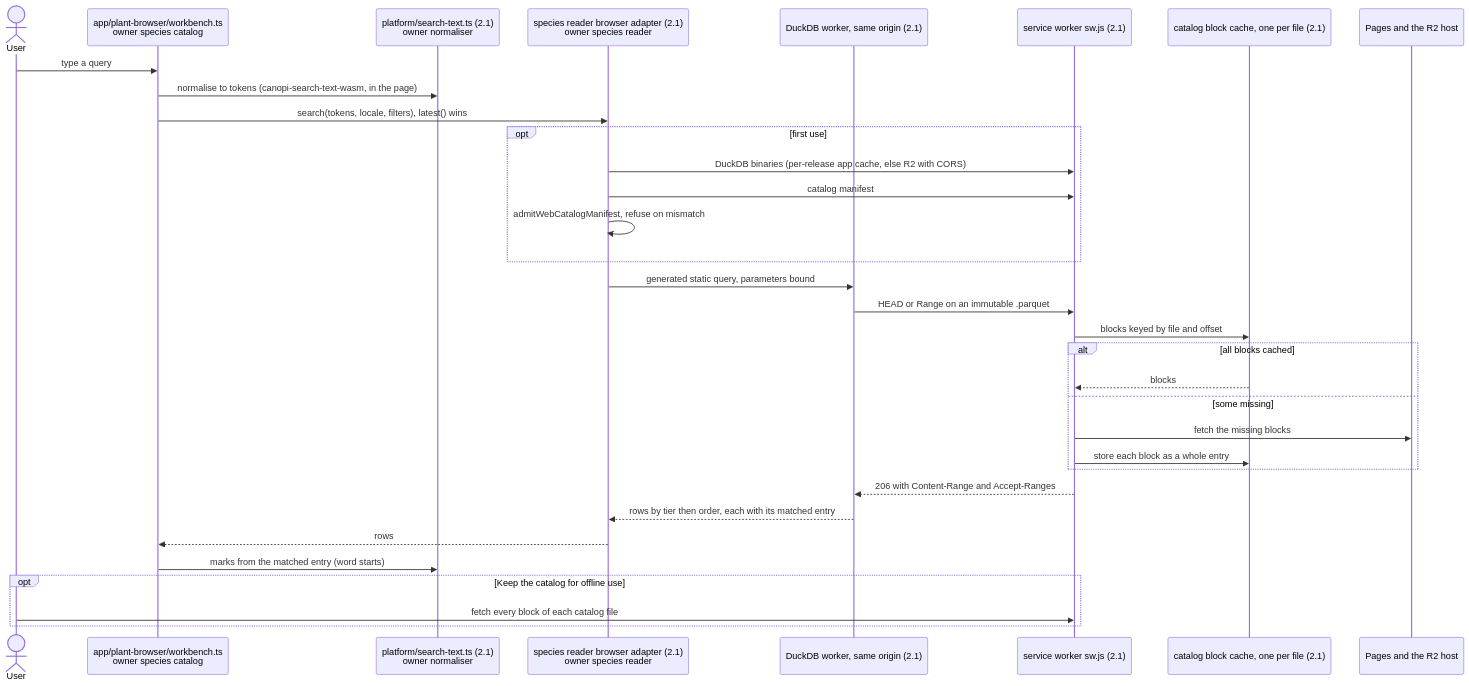
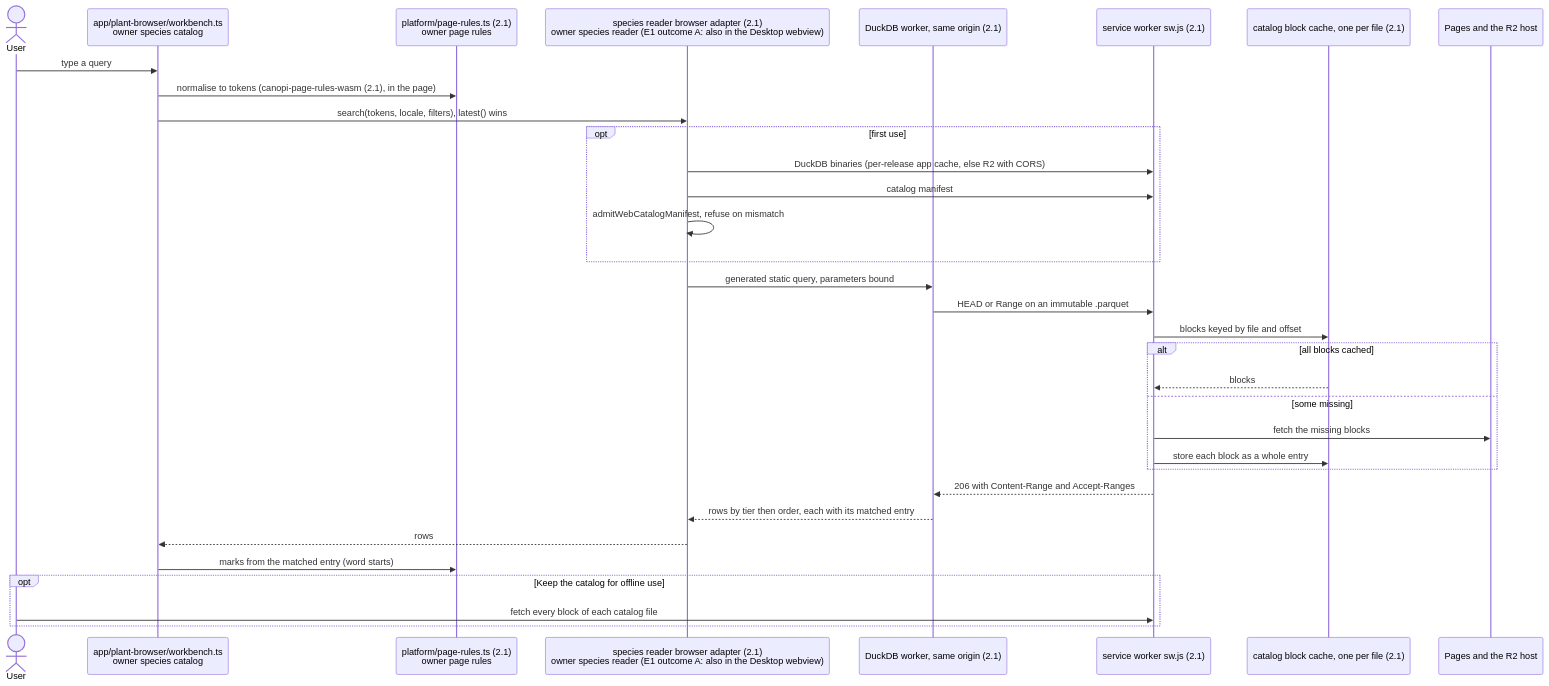
The third of 4 diagrams in docs/architecture/flows-outputs.md (opencanopi/canopi), drawn with Mermaid before and after one commit. The commit also changed other lines of this file and 33 other files, not shown here.

Commit message:
docs: apply the architecture review's findings to ADRs, plan, contracts, ledger and model

````diff
--- a/docs/architecture/flows-outputs.md
+++ b/docs/architecture/flows-outputs.md
@@ -92,35 +93,35 @@
 ```mermaid
 sequenceDiagram
   actor U as User
   participant WB as app/plant-browser/workbench.ts<br/>owner species catalog
-  participant NT as platform/search-text.ts (2.1)<br/>owner normaliser
-  participant RD as species reader browser adapter (2.1)<br/>owner species reader
+  participant NT as platform/page-rules.ts (2.1)<br/>owner page rules
+  participant RD as species reader browser adapter (2.1)<br/>owner species reader (E1 outcome A: also in the Desktop webview)
   participant DW as DuckDB worker, same origin (2.1)
   participant SW as service worker sw.js (2.1)
   participant CC as catalog block cache, one per file (2.1)
   participant NET as Pages and the R2 host
   U->>WB: type a query
-  WB->>NT: normalise to tokens (canopi-search-text-wasm, in the page)
+  WB->>NT: normalise to tokens (canopi-page-rules-wasm (2.1), in the page)
   WB->>RD: search(tokens, locale, filters), latest() wins
   opt first use
     RD->>SW: DuckDB binaries (per-release app cache, else R2 with CORS)
     RD->>SW: catalog manifest
     RD->>RD: admitWebCatalogManifest, refuse on mismatch
   end
   RD->>DW: generated static query, parameters bound
   DW->>SW: HEAD or Range on an immutable .parquet
   SW->>CC: blocks keyed by file and offset
   alt all blocks cached
     CC-->>SW: blocks
   else some missing
     SW->>NET: fetch the missing blocks
     SW->>CC: store each block as a whole entry
   end
   SW-->>DW: 206 with Content-Range and Accept-Ranges
   DW-->>RD: rows by tier then order, each with its matched entry
   RD-->>WB: rows
   WB->>NT: marks from the matched entry (word starts)
   opt Keep the catalog for offline use
     U->>SW: fetch every block of each catalog file
   end
 ```
````
